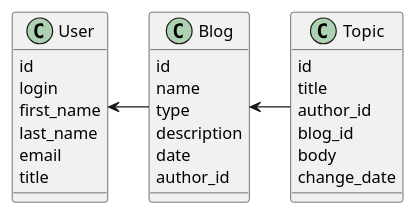
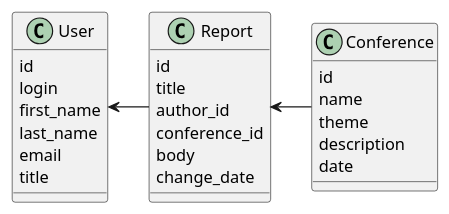
Before and after one commit to vvwind/arch_lab1: the second of 2 diagrams in components.md, drawn with PlantUML. The commit also changed other lines of this file, not shown here.

````diff
--- a/components.md
+++ b/components.md
@@ -84,35 +84,34 @@
 ```puml
 @startuml
 
-class Blog {
+class Report {
   id
-  name
-  type
-  description
-  date
+  title
   author_id
+  conference_id
+  body
+  change_date
 }
 
 class User {
   id
   login
   first_name
   last_name
   email
   title
 }
 
-class Topic {
+class Conference {
   id
-  title
-  author_id
-  blog_id
-  body
-  change_date
+  name
+  theme
+  description
+  date
 }
 
-User <- Blog
-Blog <- Topic
+User <- Report
+Report <- Conference
 
 @enduml
 ```
````
